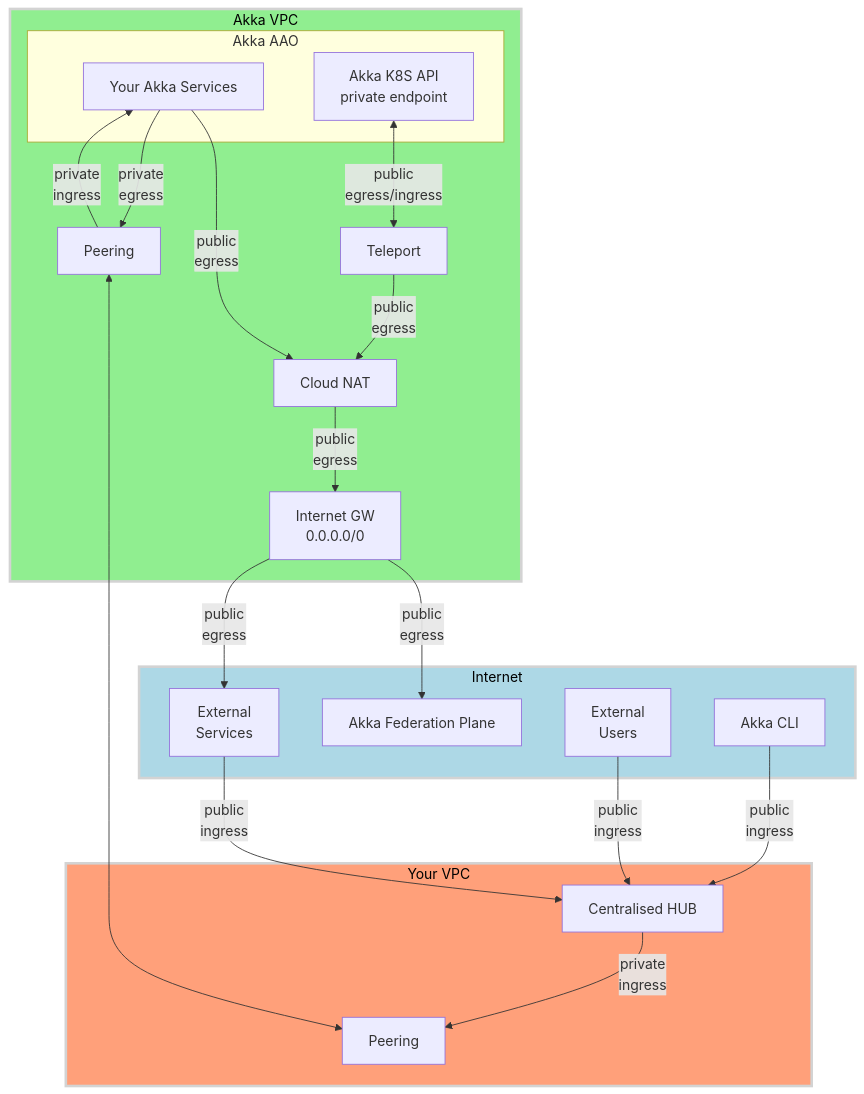
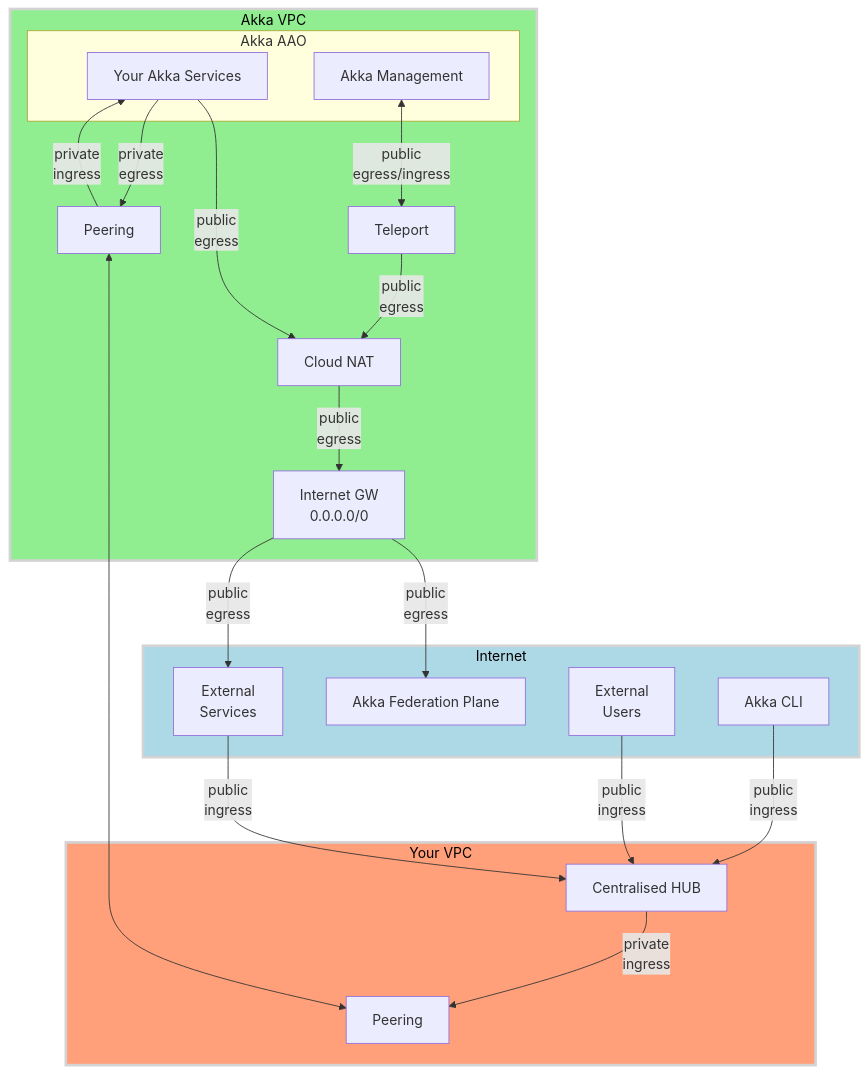
One commit to aklikic/aao changed the second of 3 diagrams in hub-and-spoke.md. Above: the diagram before and after it, drawn with Mermaid. The commit also changed other lines of this file, not shown here.

Commit message:
Renamed K8S API to Akka management

````diff
--- a/hub-and-spoke.md
+++ b/hub-and-spoke.md
@@ -83,52 +84,52 @@
 ```mermaid
 ---
 config:
   theme: mc
   look: classic
 ---
 graph TB
 
     subgraph CUSTOMER_VPC[Your VPC]
         CUST_PEERING[Peering]
         HUB[Centralised HUB]
     end
 
     subgraph INT[Internet]
         AKKA_FED_PLAN[Akka Federation Plane]
         INT_SRVS[External<br>Services]
         USER[External<br>Users]
         ADMIN[Akka CLI]
     end
 
     subgraph AKKA_VPC[Akka VPC]
         subgraph AAO[Akka AAO]
             SRVS[Your Akka Services]
-            K8S_API[Akka K8S API <br> private endpoint]
+            AKKA_MGMT[Akka Management]
         end
         CLOUD_NAT[Cloud NAT]
         TELEPORT[Teleport]
         INT_GW[Internet GW<br>0.0.0.0/0]
         AKKA_PEERING[Peering]
     end
 
-    K8S_API <--> |public<br>egress/ingress| TELEPORT
+    AKKA_MGMT <--> |public<br>egress/ingress| TELEPORT
     TELEPORT --> |public<br>egress| CLOUD_NAT
     CLOUD_NAT --> |public<br>egress| INT_GW
     INT_GW --> |public<br>egress| AKKA_FED_PLAN
     INT_GW --> |public<br>egress| INT_SRVS
     SRVS --> |public<br>egress| CLOUD_NAT
 
     SRVS --> |private<br>egress| AKKA_PEERING
     AKKA_PEERING <--> CUST_PEERING
 
     ADMIN --> |public<br>ingress|HUB
 
     INT_SRVS --> |public<br>ingress|HUB
     USER --> |public<br>ingress|HUB
     HUB --> |private<br>ingress|CUST_PEERING
     AKKA_PEERING --> |private<br>ingress|SRVS
 
     style INT fill:lightblue,stroke:lightgray,stroke-width:3px,color:black
     style AKKA_VPC fill:lightgreen,stroke:lightgray,stroke-width:3px,color:black
     style CUSTOMER_VPC fill:lightsalmon,stroke:lightgray,stroke-width:3px,color:black
 ```
````
